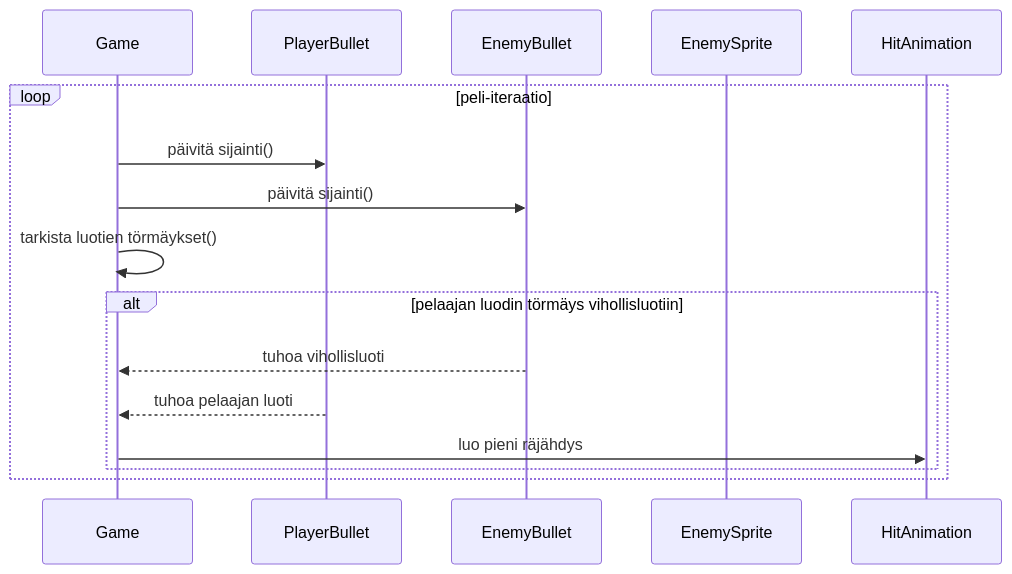
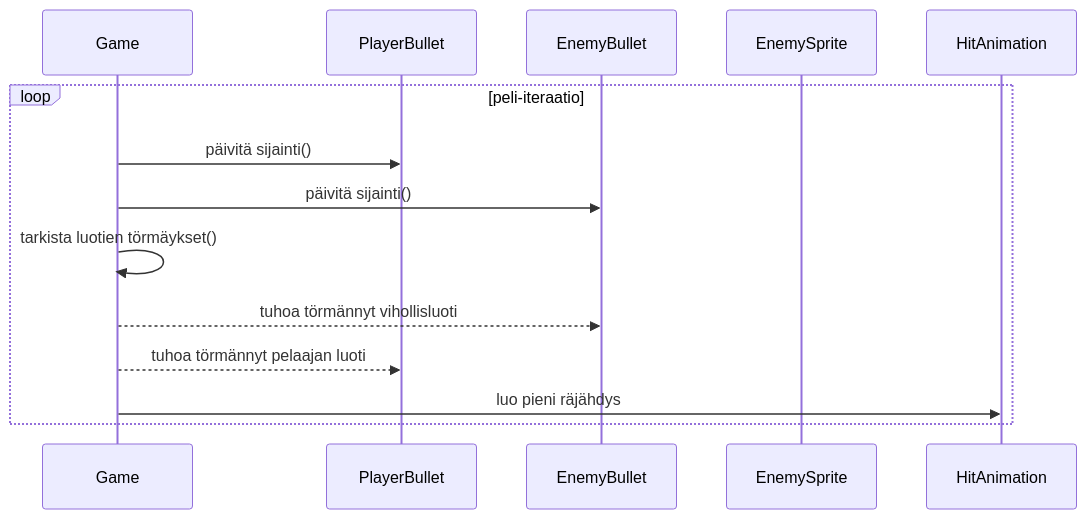
Before and after one commit to Tapir79/ot-harjoitustyo: diagram 17 of 19 in dokumentaatio/arkkitehtuuri.md, drawn with Mermaid. The commit also changed other lines of this file and 20 other files, not shown here.

````diff
--- a/dokumentaatio/arkkitehtuuri.md
+++ b/dokumentaatio/arkkitehtuuri.md
@@ -402,21 +415,20 @@
 ```mermaid
 
 sequenceDiagram
     participant Game
     participant PlayerBullet
     participant EnemyBullet
     participant EnemySprite
     participant HitAnimation
 
     loop peli-iteraatio
         Game->>PlayerBullet: päivitä sijainti()
         Game->>EnemyBullet: päivitä sijainti()
         Game->>Game: tarkista luotien törmäykset()
 
-        alt pelaajan luodin törmäys vihollisluotiin
-            EnemyBullet-->>Game: tuhoa vihollisluoti
-            PlayerBullet-->>Game: tuhoa pelaajan luoti
-            Game->>HitAnimation: luo pieni räjähdys
-        end
+        Game-->>EnemyBullet: tuhoa törmännyt vihollisluoti
+        Game-->>PlayerBullet: tuhoa törmännyt pelaajan luoti
+        Game->>HitAnimation: luo pieni räjähdys
+        
     end
 ```
````
